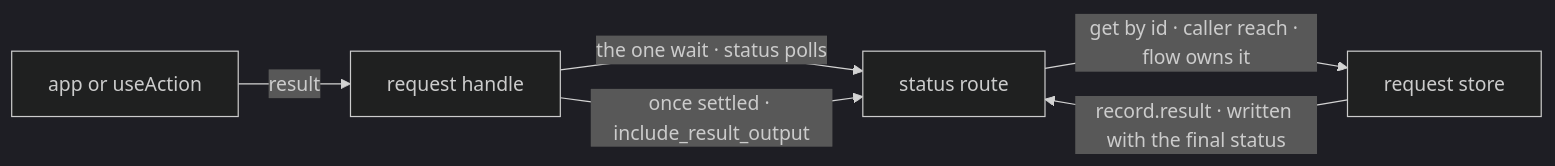
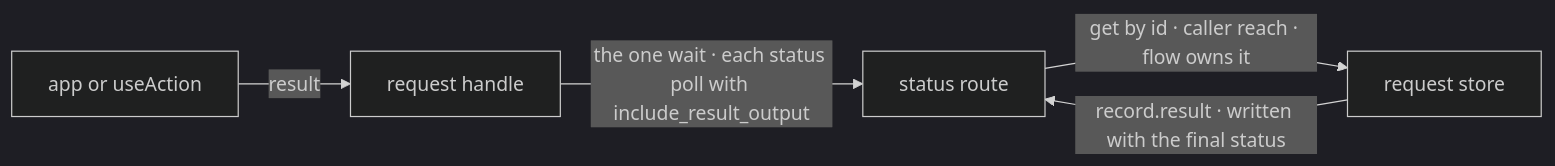
Before and after one commit to fixpoint-labs/flow-state-dev: the second of 2 diagrams in specs/issues/FIX-2455/SPEC.md, drawn with Mermaid (dark theme). The commit also changed other lines of this file and 11 other files, not shown here.

````diff
--- a/specs/issues/FIX-2455/SPEC.md
+++ b/specs/issues/FIX-2455/SPEC.md
@@ -98,8 +98,7 @@
 ```mermaid
 flowchart LR
   A["app or useAction"] -->|"result"| H["request handle"]
-  H -->|"the one wait · status polls"| W["status route"]
-  H -->|"once settled · include_result_output"| W
+  H -->|"the one wait · each status poll with include_result_output"| W["status route"]
   W -->|"get by id · caller reach · flow owns it"| S["request store"]
   S -->|"record.result · written with the final status"| W
 ```
````
